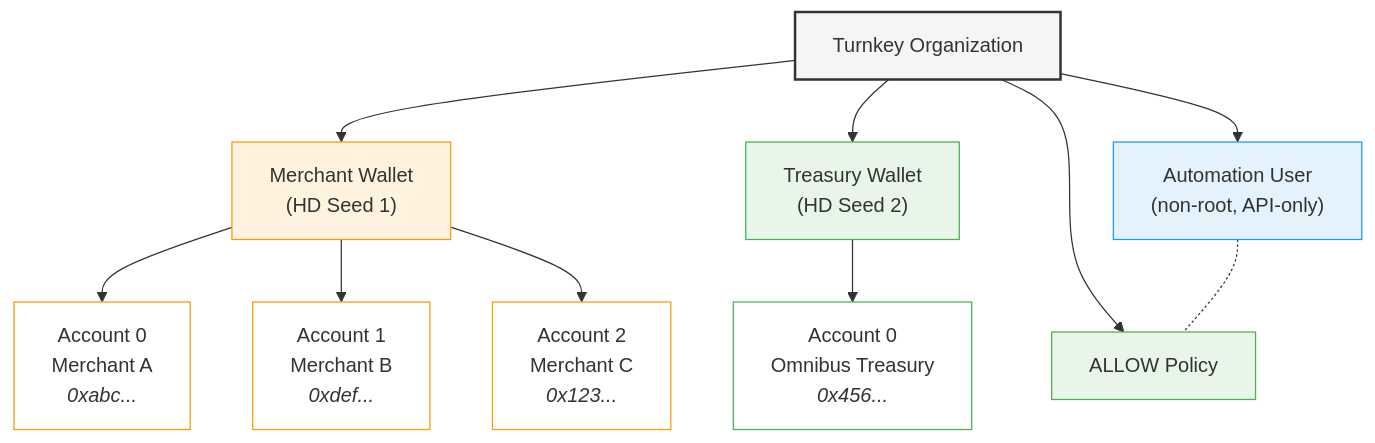
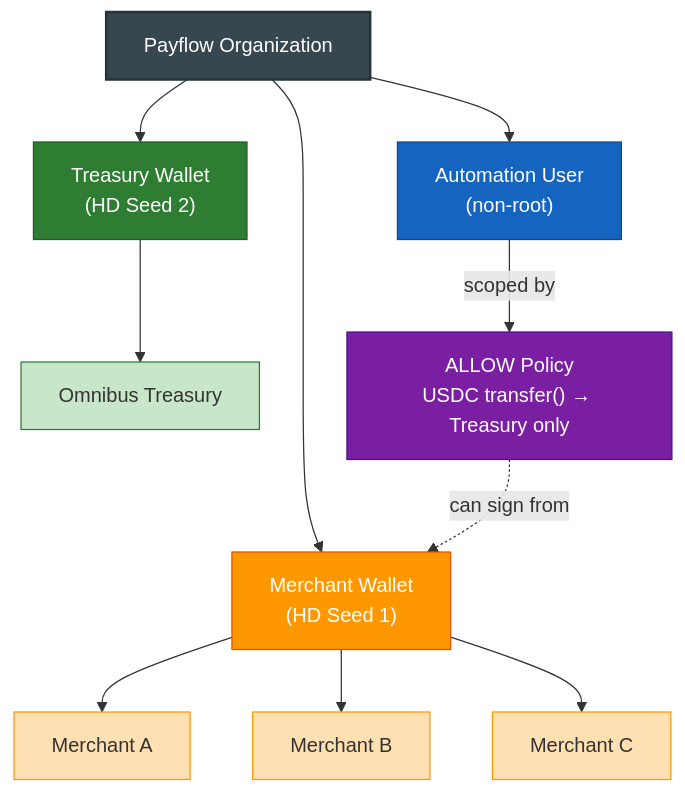
Before and after one commit to tkhq/sdk: the first of 2 diagrams in examples/payflow-demo/docs/payflow-readout.md, drawn with Mermaid.

Commit message:
Clean up org hierarchy diagram: color families, permission chain, compact labels

````diff
--- a/examples/payflow-demo/docs/payflow-readout.md
+++ b/examples/payflow-demo/docs/payflow-readout.md
@@ -29,27 +29,27 @@
 ```mermaid
 graph TB
-    Org["Turnkey Organization"]
+    Org["Payflow Organization"]
 
-    Org --> MW["Merchant Wallet<br/>(HD Seed 1)"]
-    Org --> TW["Treasury Wallet<br/>(HD Seed 2)"]
-    Org --> AU["Automation User<br/>(non-root, API-only)"]
-    Org --> P["ALLOW Policy"]
+    Org --> MW["Merchant Wallet\n(HD Seed 1)"]
+    Org --> TW["Treasury Wallet\n(HD Seed 2)"]
+    Org --> AU["Automation User\n(non-root)"]
 
-    MW --> M0["Account 0<br/>Merchant A<br/><i>0xabc...</i>"]
-    MW --> M1["Account 1<br/>Merchant B<br/><i>0xdef...</i>"]
-    MW --> M2["Account 2<br/>Merchant C<br/><i>0x123...</i>"]
+    MW --> M0["Merchant A"]
+    MW --> M1["Merchant B"]
+    MW --> M2["Merchant C"]
 
-    TW --> T["Account 0<br/>Omnibus Treasury<br/><i>0x456...</i>"]
+    TW --> T["Omnibus Treasury"]
 
-    AU -.- P
+    AU -- "scoped by" --> P["ALLOW Policy\nUSDC transfer() → Treasury only"]
+    P -. "can sign from" .-> MW
 
-    style Org fill:#f5f5f5,stroke:#333,stroke-width:2px
-    style MW fill:#fff3e0,stroke:#ff9800
-    style TW fill:#e8f5e9,stroke:#4caf50
-    style AU fill:#e3f2fd,stroke:#2196f3
-    style P fill:#e8f5e9,stroke:#4caf50
-    style M0 fill:#fff,stroke:#ff9800
-    style M1 fill:#fff,stroke:#ff9800
-    style M2 fill:#fff,stroke:#ff9800
-    style T fill:#fff,stroke:#4caf50
+    style Org fill:#37474f,stroke:#263238,color:#fff,stroke-width:2px
+    style MW fill:#ff9800,stroke:#e65100,color:#fff
+    style M0 fill:#ffe0b2,stroke:#ff9800
+    style M1 fill:#ffe0b2,stroke:#ff9800
+    style M2 fill:#ffe0b2,stroke:#ff9800
+    style TW fill:#2e7d32,stroke:#1b5e20,color:#fff
+    style T fill:#c8e6c9,stroke:#2e7d32
+    style AU fill:#1565c0,stroke:#0d47a1,color:#fff
+    style P fill:#7b1fa2,stroke:#4a148c,color:#fff
 ```
````
